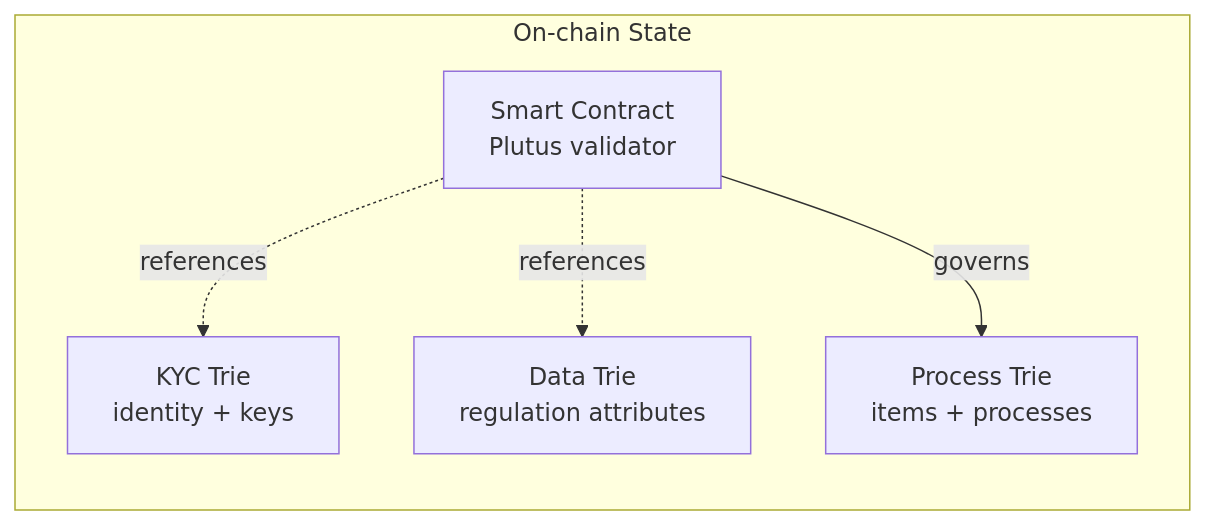
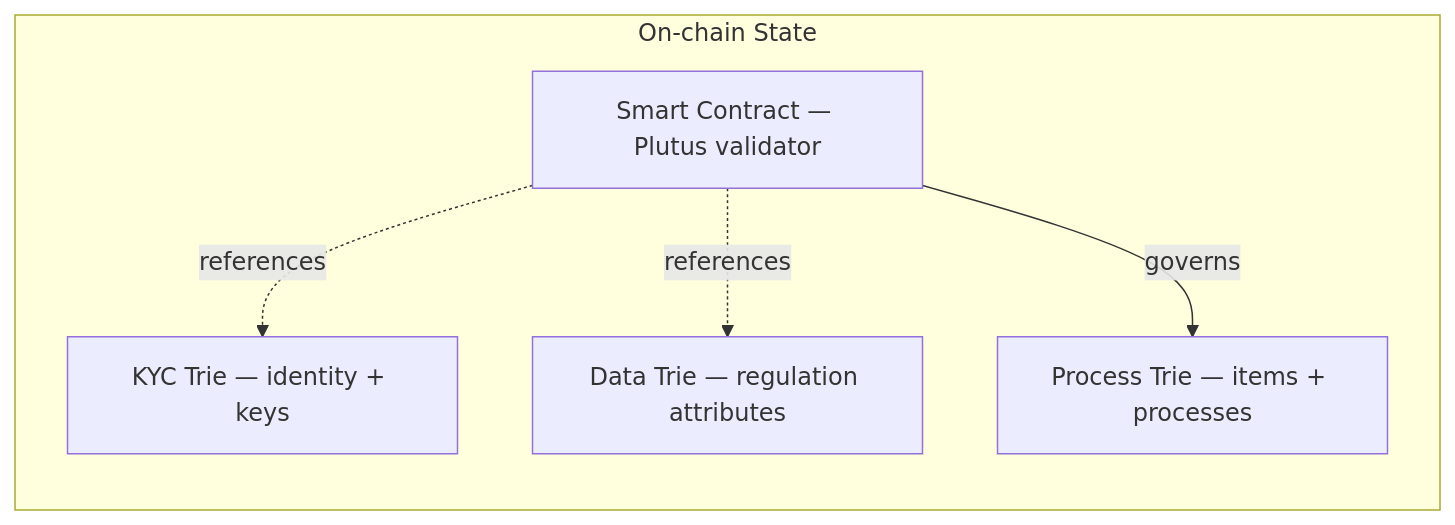
One commit to lambdasistemi/cardano-for-regulators changed the second of 2 diagrams in docs/index.md. Above: the diagram before and after it, drawn with Mermaid. The commit also changed other lines of this file and 1 other file, not shown here.

First line of the commit message:
fix: replace HTML tags in mermaid node labels with plain text

````diff
--- a/docs/index.md
+++ b/docs/index.md
@@ -44,13 +44,13 @@
 ```mermaid
 graph LR
     subgraph On-chain State
-        KT["KYC Trie\nidentity + keys"]
-        DT["Data Trie\nregulation attributes"]
-        PT["Process Trie\nitems + processes"]
-        SC["Smart Contract\nPlutus validator"]
+        KT["KYC Trie — identity + keys"]
+        DT["Data Trie — regulation attributes"]
+        PT["Process Trie — items + processes"]
+        SC["Smart Contract — Plutus validator"]
     end
 
     SC -.->|references| KT
     SC -.->|references| DT
     SC -->|governs| PT
 ```
````
